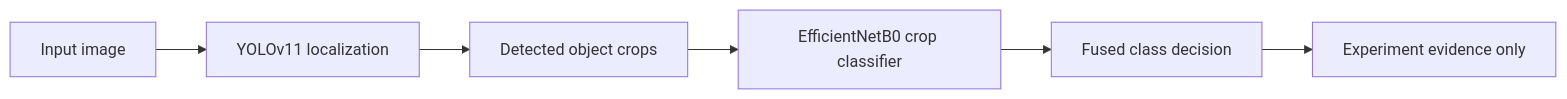
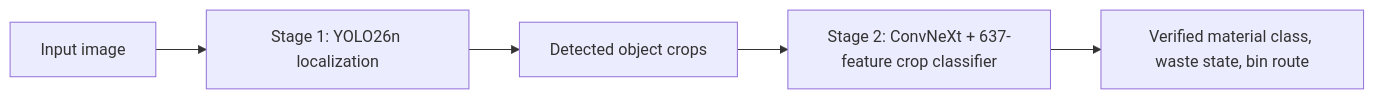
One commit to khoaph0712/Final-Year-Project-PDK changed the diagram in README.md. Above: the diagram before and after it, drawn with Mermaid. The commit also changed other lines of this file and 33 other files, not shown here.

````diff
--- a/README.md
+++ b/README.md
@@ -18,8 +12,7 @@
 ```mermaid
 flowchart LR
-    A["Input image"] --> B["YOLOv11 localization"]
+    A["Input image"] --> B["Stage 1: YOLO26n localization"]
     B --> C["Detected object crops"]
-    C --> D["EfficientNetB0 crop classifier"]
-    D --> E["Fused class decision"]
-    E --> F["Experiment evidence only"]
+    C --> D["Stage 2: ConvNeXt + 637-feature crop classifier"]
+    D --> E["Verified material class, waste state, bin route"]
 ```
````
